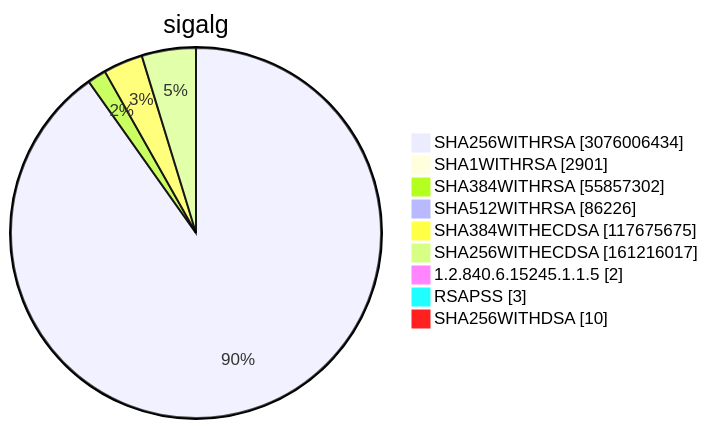
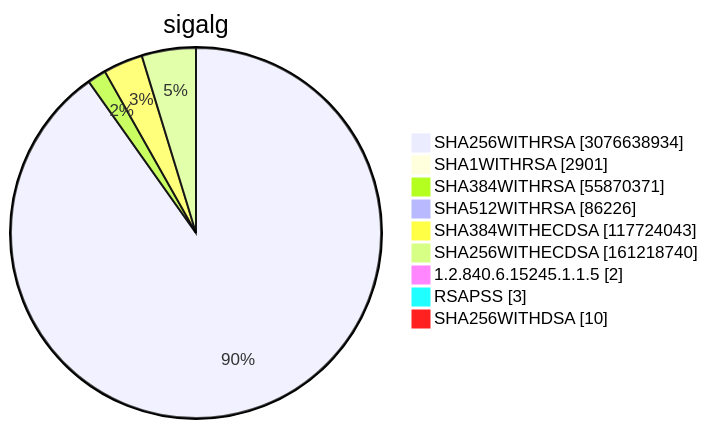
Diagram 15 of 15 in TOTAL/README.md (christiankrug/ctmonitor_visualization), drawn with Mermaid before and after one commit. The commit also changed other lines of this file, not shown here.

````diff
--- a/TOTAL/README.md
+++ b/TOTAL/README.md
@@ -6209,13 +6209,13 @@
 ```mermaid
 pie showData
 title sigalg
-"SHA256WITHRSA" :3076006434
+"SHA256WITHRSA" :3076638934
 "SHA1WITHRSA" :2901
-"SHA384WITHRSA" :55857302
+"SHA384WITHRSA" :55870371
 "SHA512WITHRSA" :86226
-"SHA384WITHECDSA" :117675675
-"SHA256WITHECDSA" :161216017
+"SHA384WITHECDSA" :117724043
+"SHA256WITHECDSA" :161218740
 "1.2.840.6.15245.1.1.5" :2
 "RSAPSS" :3
 "SHA256WITHDSA" :10
 ```
````
